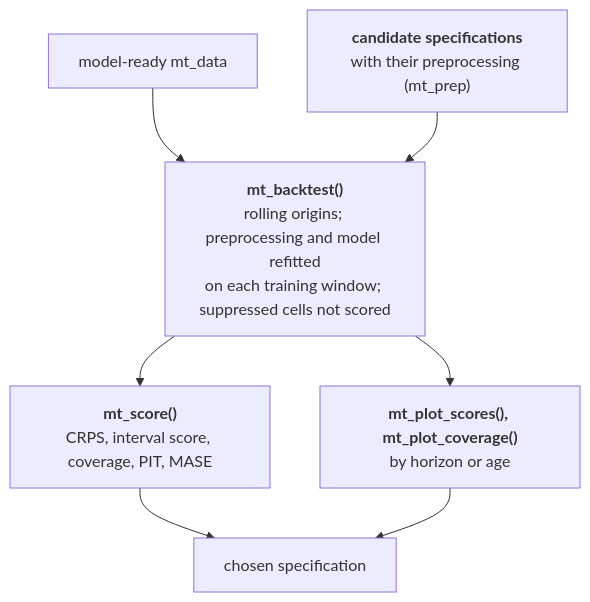
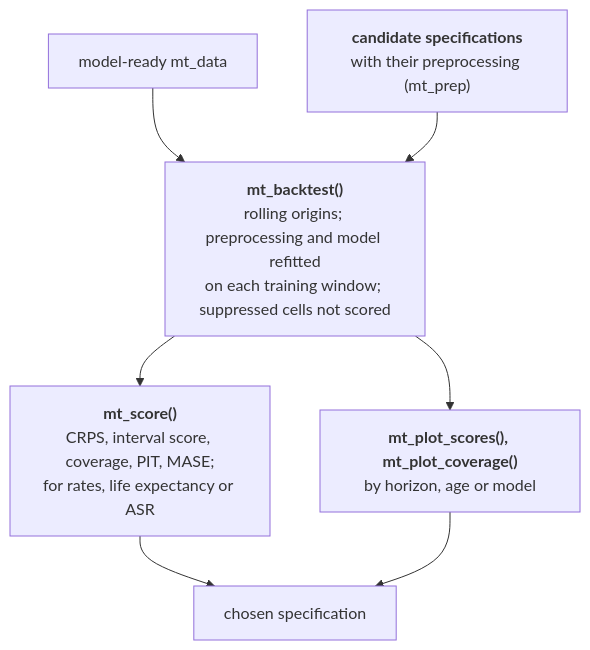
The fourth of 5 diagrams in vignettes/articles/function-map.Rmd (kalleEF/mortensor), drawn with Mermaid before and after one commit. The commit also changed other lines of this file and 64 other files, not shown here.

````diff
--- a/vignettes/articles/function-map.Rmd
+++ b/vignettes/articles/function-map.Rmd
@@ -167,18 +173,19 @@
 ```mermaid
 flowchart TD
   M["model-ready mt_data"]
   SP["`**candidate specifications**
   with their preprocessing (mt_prep)`"]
   BT["`**mt_backtest()**
   rolling origins; preprocessing and model refitted
   on each training window; suppressed cells not scored`"]
   SC["`**mt_score()**
-  CRPS, interval score, coverage, PIT, MASE`"]
+  CRPS, interval score, coverage, PIT, MASE;
+  for rates, life expectancy or ASR`"]
   PL["`**mt_plot_scores(), mt_plot_coverage()**
-  by horizon or age`"]
+  by horizon, age or model`"]
   CH["chosen specification"]
   M --> BT
   SP --> BT
   BT --> SC --> CH
   BT --> PL --> CH
 ```
````
